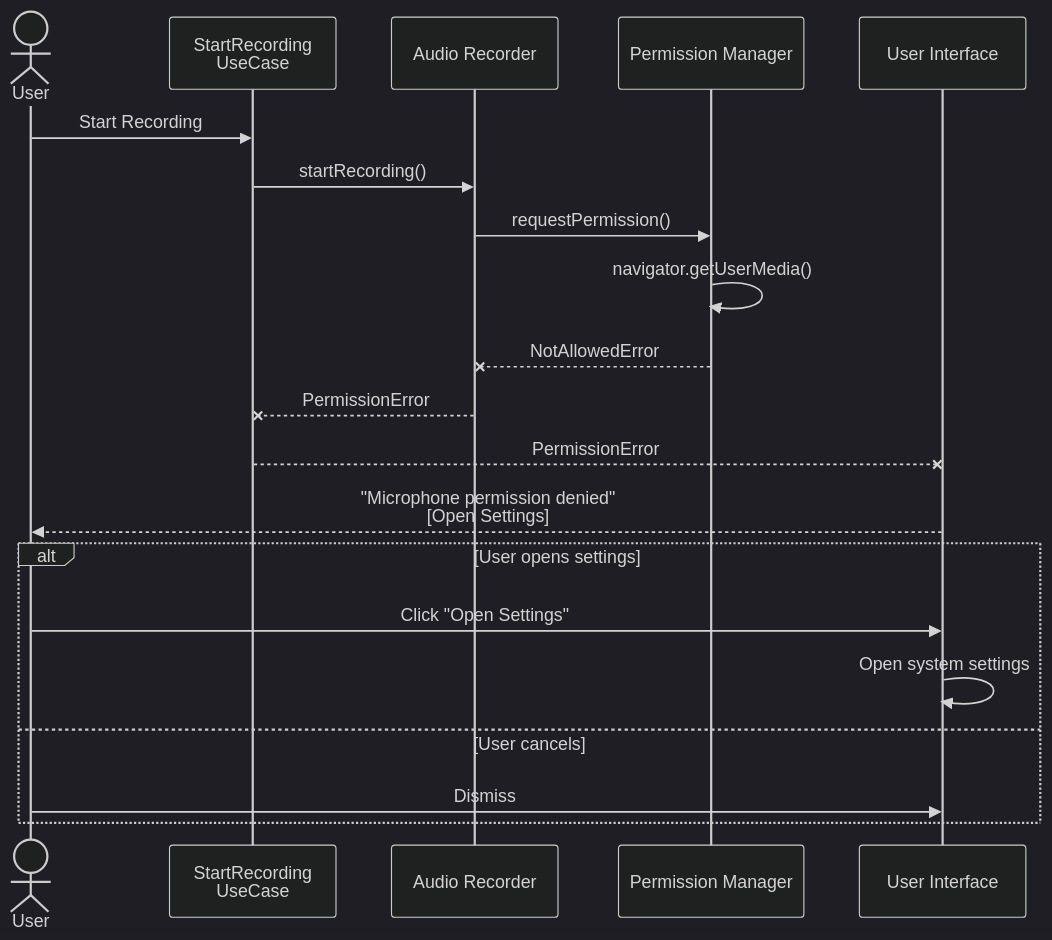
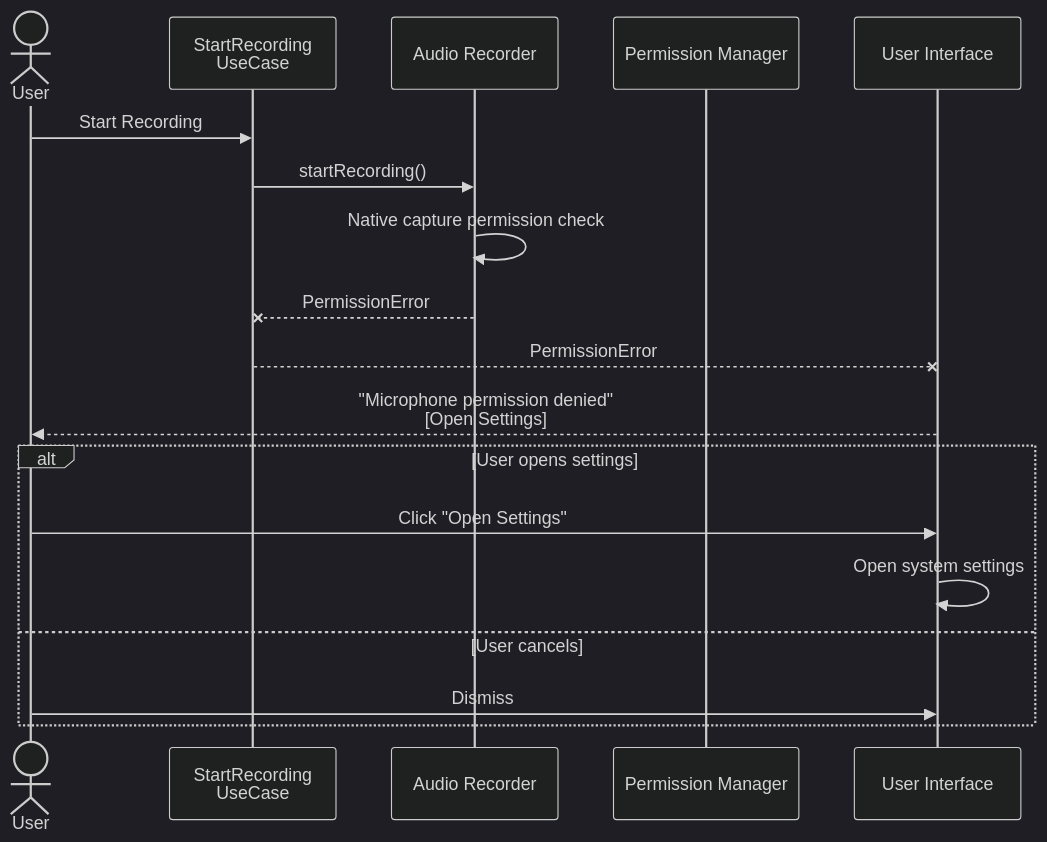
Before and after one commit to vypdev/cursor-whisper: the third of 9 diagrams in docs/flows/complete-flow.md, drawn with Mermaid (dark theme). The commit also changed other lines of this file and 30 other files, not shown here.

````diff
--- a/docs/flows/complete-flow.md
+++ b/docs/flows/complete-flow.md
@@ -195,24 +184,22 @@
 ```mermaid
 sequenceDiagram
     actor User
     participant UC as StartRecording<br/>UseCase
     participant Audio as Audio Recorder
     participant Perm as Permission Manager
     participant UI as User Interface
 
     User->>UC: Start Recording
     UC->>Audio: startRecording()
-    Audio->>Perm: requestPermission()
-    Perm->>Perm: navigator.getUserMedia()
-    Perm--xAudio: NotAllowedError
+    Audio->>Audio: Native capture permission check
     Audio--xUC: PermissionError
     UC--xUI: PermissionError
     UI-->>User: "Microphone permission denied"<br/>[Open Settings]
     
     alt User opens settings
         User->>UI: Click "Open Settings"
         UI->>UI: Open system settings
     else User cancels
         User->>UI: Dismiss
     end
 ```
````
